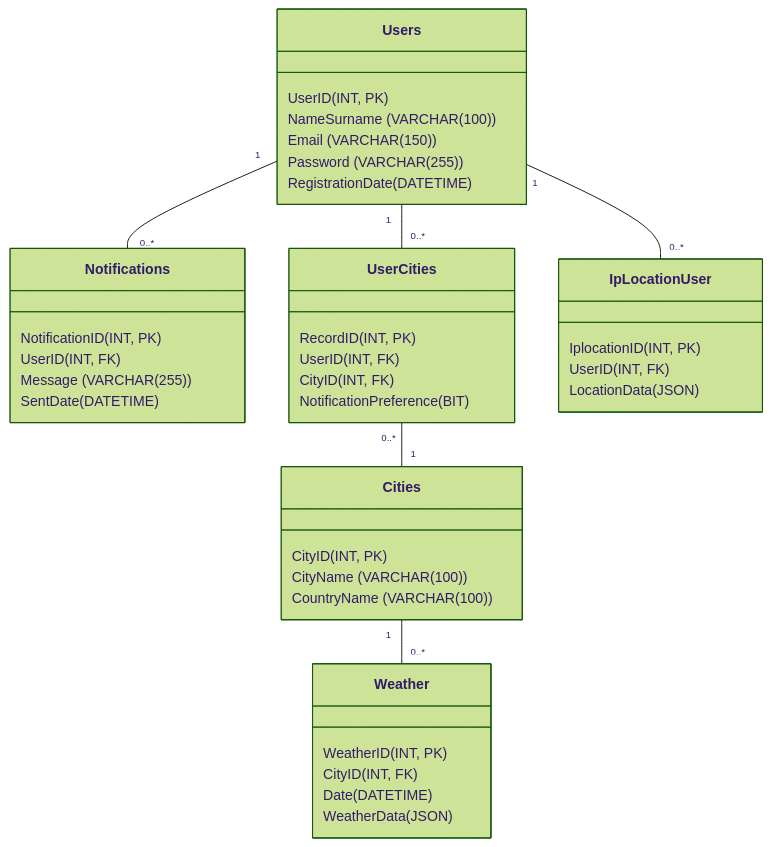
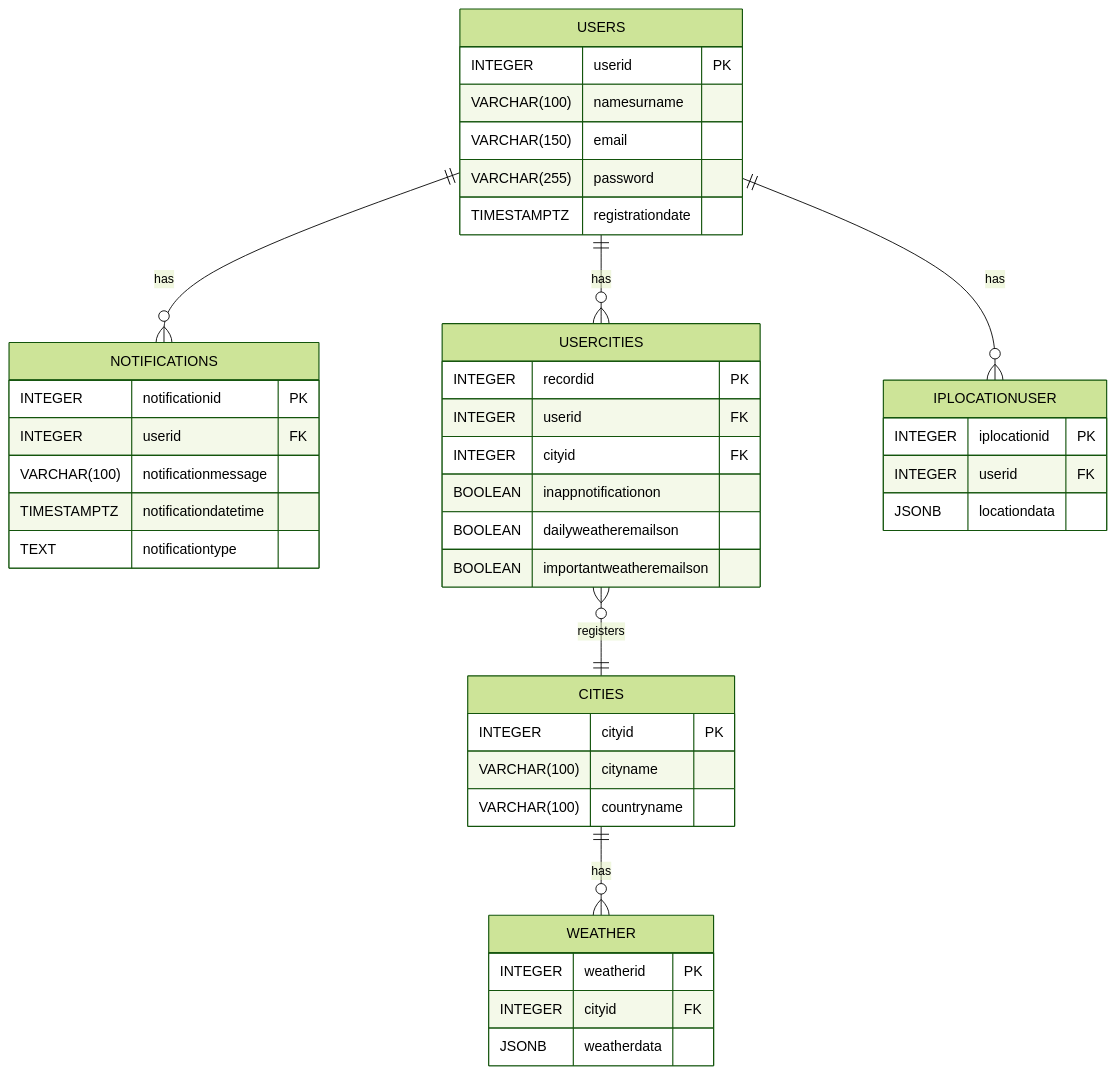
One commit to EnesEfeTokta/WeatherPlusZero changed the second of 2 diagrams in README.md. Above: the diagram before and after it, drawn with Mermaid (forest theme). The commit also changed other lines of this file and 8 other files, not shown here.

````diff
--- a/README.md
+++ b/README.md
@@ -260,44 +327,51 @@
 ```mermaid
-classDiagram
-    class Users{
-        UserID (INT, PK)
-        NameSurname (VARCHAR(100))
-        Email (VARCHAR(150))
-        Password (VARCHAR(255))
-        RegistrationDate (DATETIME)
-    }
-    class Notifications{
-        NotificationID (INT, PK)
-        UserID (INT, FK)
-        Message (VARCHAR(255))
-        SentDate (DATETIME)
-    }
-    class UserCities{
-        RecordID (INT, PK)
-        UserID (INT, FK)
-        CityID (INT, FK)
-        NotificationPreference (BIT)
-    }
-    class Cities{
-        CityID (INT, PK)
-        CityName (VARCHAR(100))
-        CountryName (VARCHAR(100))
-    }
-    class Weather{
-        WeatherID (INT, PK)
-        CityID (INT, FK)
-        Date (DATETIME)
-	  WeatherData (JSON)
-    }
-    class IpLocationUser{
-      IplocationID (INT, PK)
-      UserID (INT, FK)
-      LocationData (JSON)
+erDiagram
+    USERS ||--o{ NOTIFICATIONS : "has"
+    USERS ||--o{ USERCITIES : "has"
+    USERS ||--o{ IPLOCATIONUSER : "has"
+    USERCITIES }o--|| CITIES : "registers"
+    CITIES ||--o{ WEATHER : "has"
+
+    USERS {
+        INTEGER userid PK
+        VARCHAR(100) namesurname
+        VARCHAR(150) email
+        VARCHAR(255) password
+        TIMESTAMPTZ registrationdate
     }
 
-    Users "1" -- "0..*" Notifications
-    Users "1" -- "0..*" UserCities
-    Users "1" -- "0..*" IpLocationUser
-    UserCities "0..*" -- "1" Cities
-    Cities "1" -- "0..*" Weather
+    NOTIFICATIONS {
+        INTEGER notificationid PK
+        INTEGER userid FK
+        VARCHAR(100) notificationmessage
+        TIMESTAMPTZ notificationdatetime
+        TEXT notificationtype
+    }
+
+    USERCITIES {
+        INTEGER recordid PK
+        INTEGER userid FK
+        INTEGER cityid FK
+        BOOLEAN inappnotificationon
+        BOOLEAN dailyweatheremailson
+        BOOLEAN importantweatheremailson
+    }
+
+    CITIES {
+        INTEGER cityid PK
+        VARCHAR(100) cityname
+        VARCHAR(100) countryname
+    }
+
+    WEATHER {
+        INTEGER weatherid PK
+        INTEGER cityid FK
+        JSONB weatherdata
+    }
+
+    IPLOCATIONUSER {
+        INTEGER iplocationid PK
+        INTEGER userid FK
+        JSONB locationdata
+    }
 ```
````
